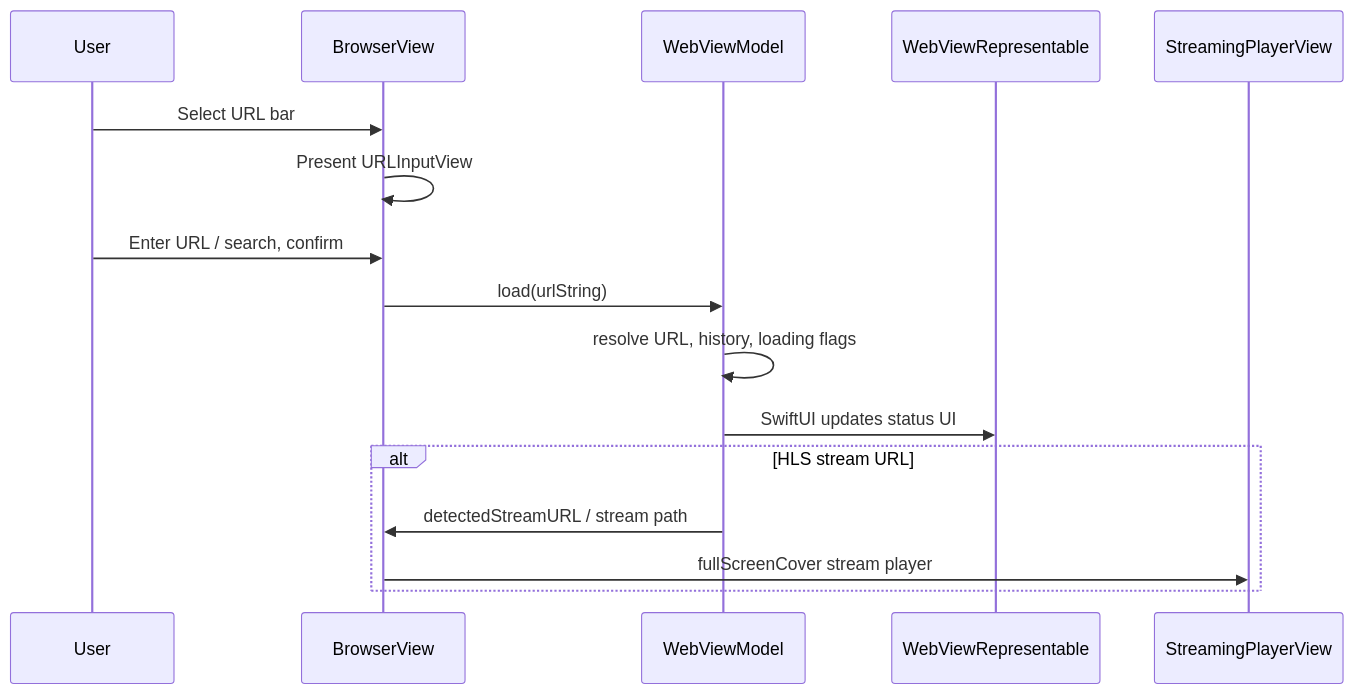
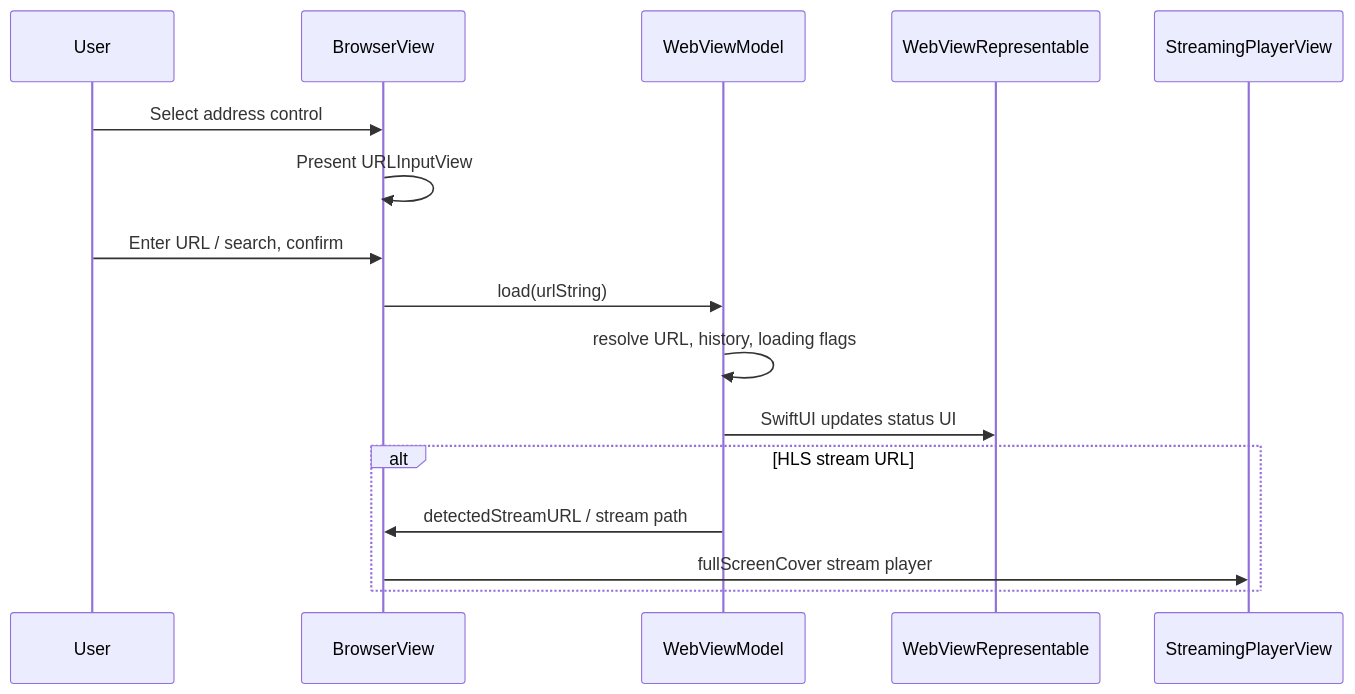
One commit to roto31/TV-Safari changed the fifth of 9 diagrams in docs/TV_SAFARI_USER_GUIDE.md. Above: the diagram before and after it, drawn with Mermaid. The commit also changed other lines of this file and 118 other files, not shown here.

````diff
--- a/docs/TV_SAFARI_USER_GUIDE.md
+++ b/docs/TV_SAFARI_USER_GUIDE.md
@@ -130,18 +138,18 @@
 ```mermaid
 sequenceDiagram
     participant U as User
     participant V as BrowserView
     participant M as WebViewModel
     participant P as WebViewRepresentable
     participant S as StreamingPlayerView
-    U->>V: Select URL bar
+    U->>V: Select address control
     V->>V: Present URLInputView
     U->>V: Enter URL / search, confirm
     V->>M: load(urlString)
     M->>M: resolve URL, history, loading flags
     M->>P: SwiftUI updates status UI
     alt HLS stream URL
         M->>V: detectedStreamURL / stream path
         V->>S: fullScreenCover stream player
     end
 ```
````
